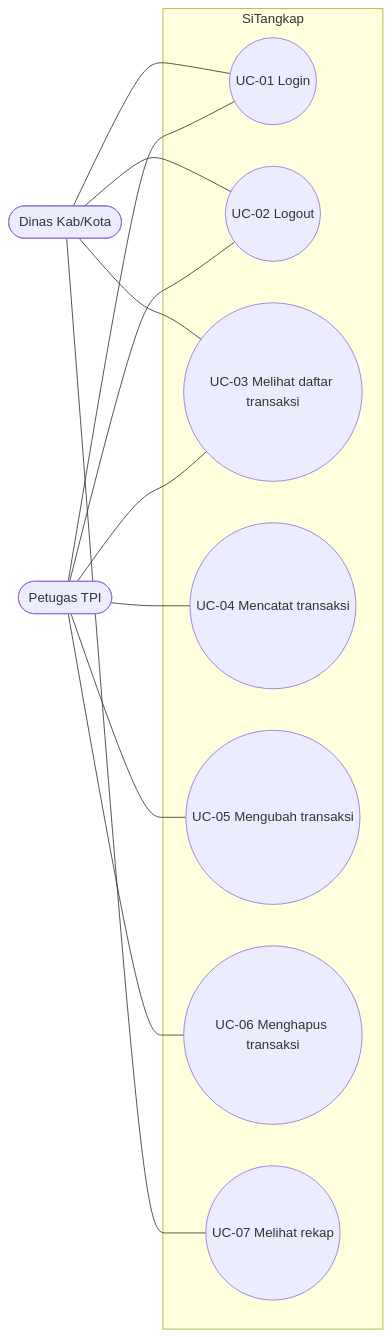
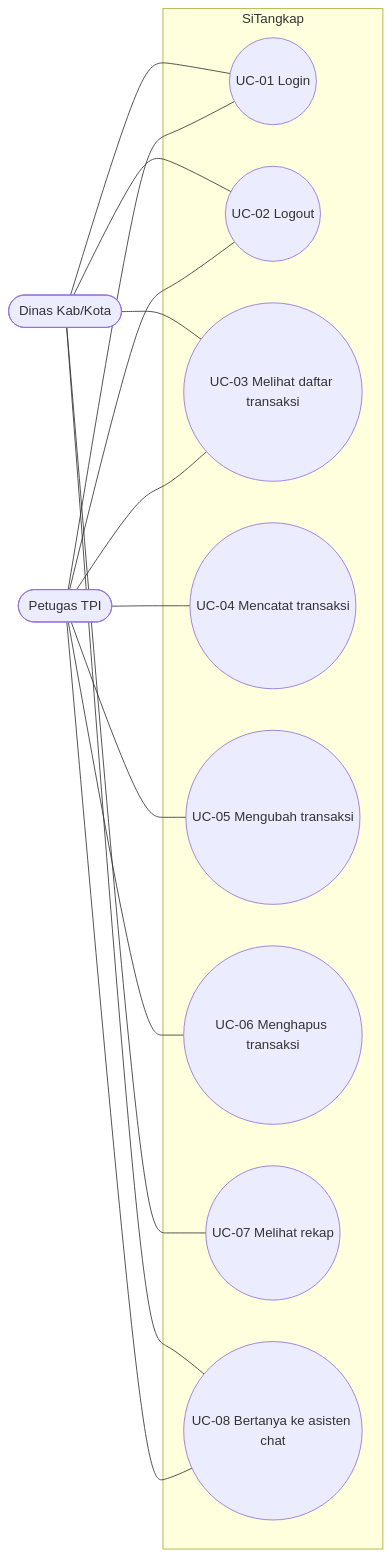
The first of 2 diagrams in docs/00-overview.md (Ralf4bas/sitangkap), drawn with Mermaid before and after one commit. The commit also changed other lines of this file and 6 other files, not shown here.

Commit message:
docs(pm): AI-01 usulan asisten chat dan penugasan ke tmthy

````diff
--- a/docs/00-overview.md
+++ b/docs/00-overview.md
@@ -116,16 +124,17 @@
 ```mermaid
 flowchart LR
   P([Petugas TPI])
   D([Dinas Kab/Kota])
   subgraph S[SiTangkap]
     UC01((UC-01 Login))
     UC02((UC-02 Logout))
     UC03((UC-03 Melihat daftar transaksi))
     UC04((UC-04 Mencatat transaksi))
     UC05((UC-05 Mengubah transaksi))
     UC06((UC-06 Menghapus transaksi))
     UC07((UC-07 Melihat rekap))
+    UC08((UC-08 Bertanya ke asisten chat))
   end
-  P --- UC01 & UC02 & UC03 & UC04 & UC05 & UC06
-  D --- UC01 & UC02 & UC03 & UC07
+  P --- UC01 & UC02 & UC03 & UC04 & UC05 & UC06 & UC08
+  D --- UC01 & UC02 & UC03 & UC07 & UC08
 ```
````
